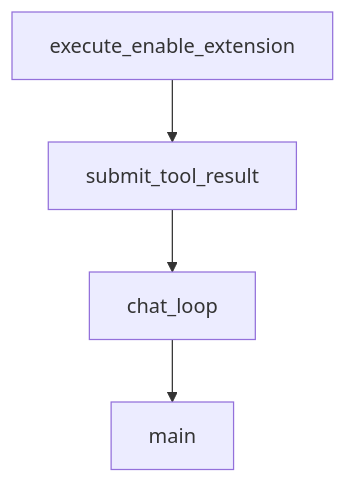
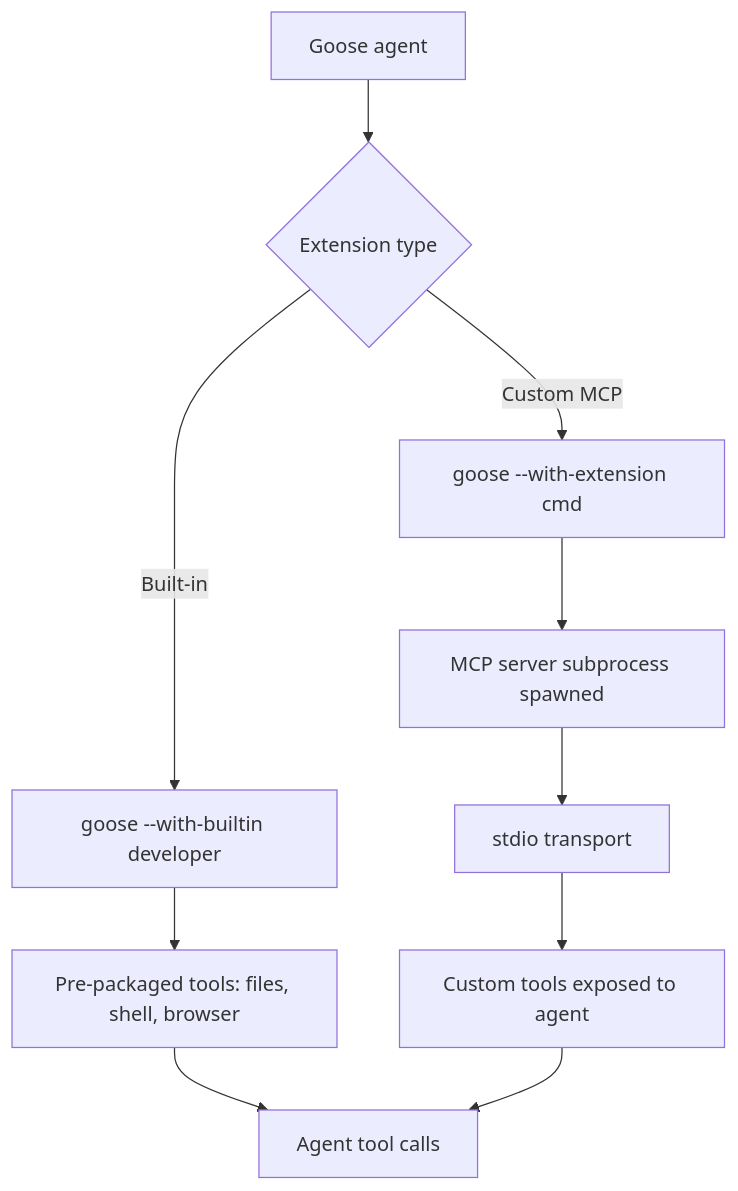
The second of 2 diagrams in tutorials/goose-tutorial/06-extensions-and-mcp-integration.md (johnxie/awesome-code-docs), drawn with Mermaid before and after one commit. The commit also changed other lines of this file and 1232 other files, not shown here.

````diff
--- a/tutorials/goose-tutorial/06-extensions-and-mcp-integration.md
+++ b/tutorials/goose-tutorial/06-extensions-and-mcp-integration.md
@@ -226,10 +158,12 @@
 ```mermaid
 flowchart TD
-    A[execute_enable_extension]
-    B[submit_tool_result]
-    C[chat_loop]
-    D[main]
-    A --> B
-    B --> C
-    C --> D
+    A[Goose agent] --> B{Extension type}
+    B -->|Built-in| C[goose --with-builtin developer]
+    B -->|Custom MCP| D[goose --with-extension cmd]
+    C --> E[Pre-packaged tools: files, shell, browser]
+    D --> F[MCP server subprocess spawned]
+    F --> G[stdio transport]
+    G --> H[Custom tools exposed to agent]
+    E --> I[Agent tool calls]
+    H --> I
 ```
````
